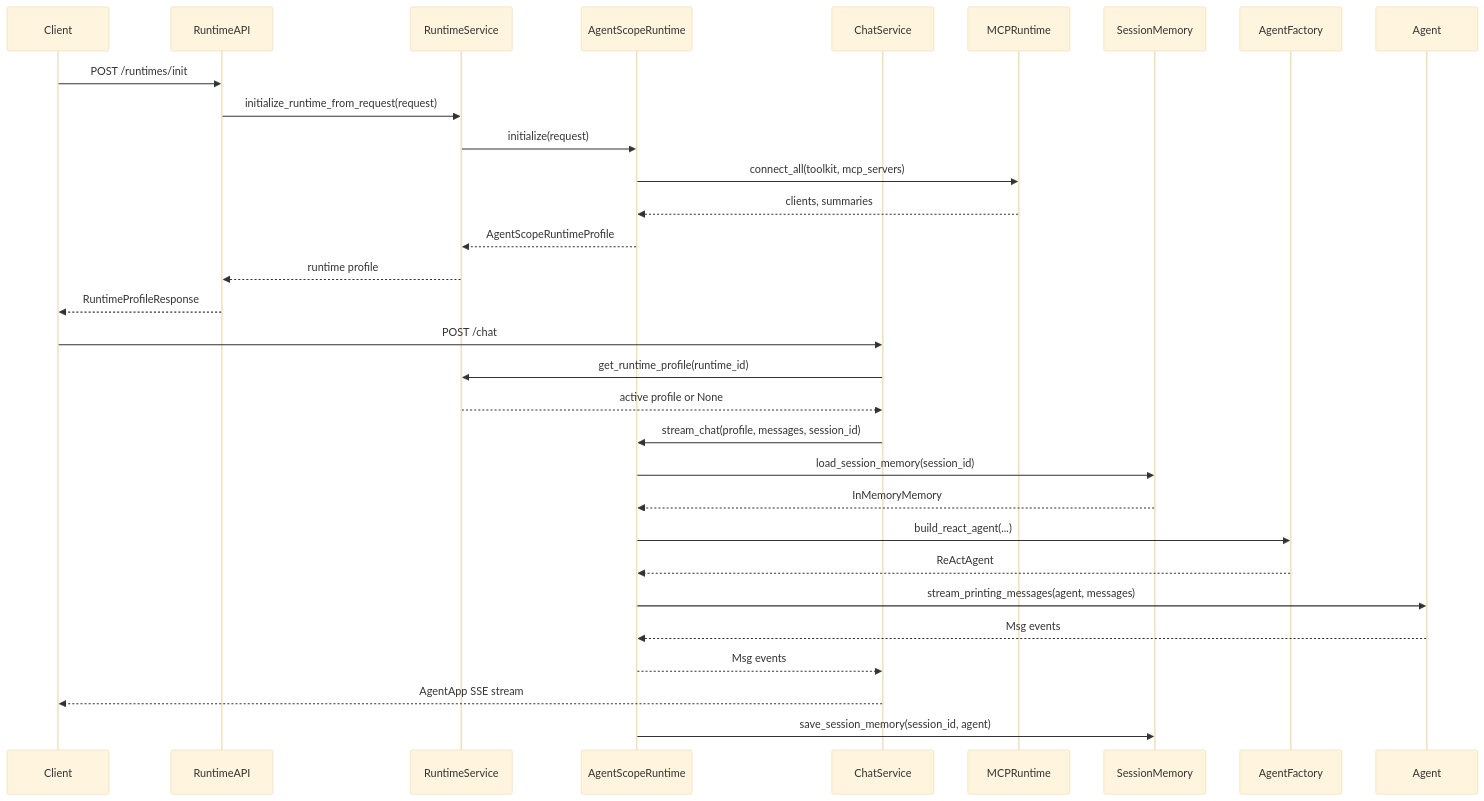
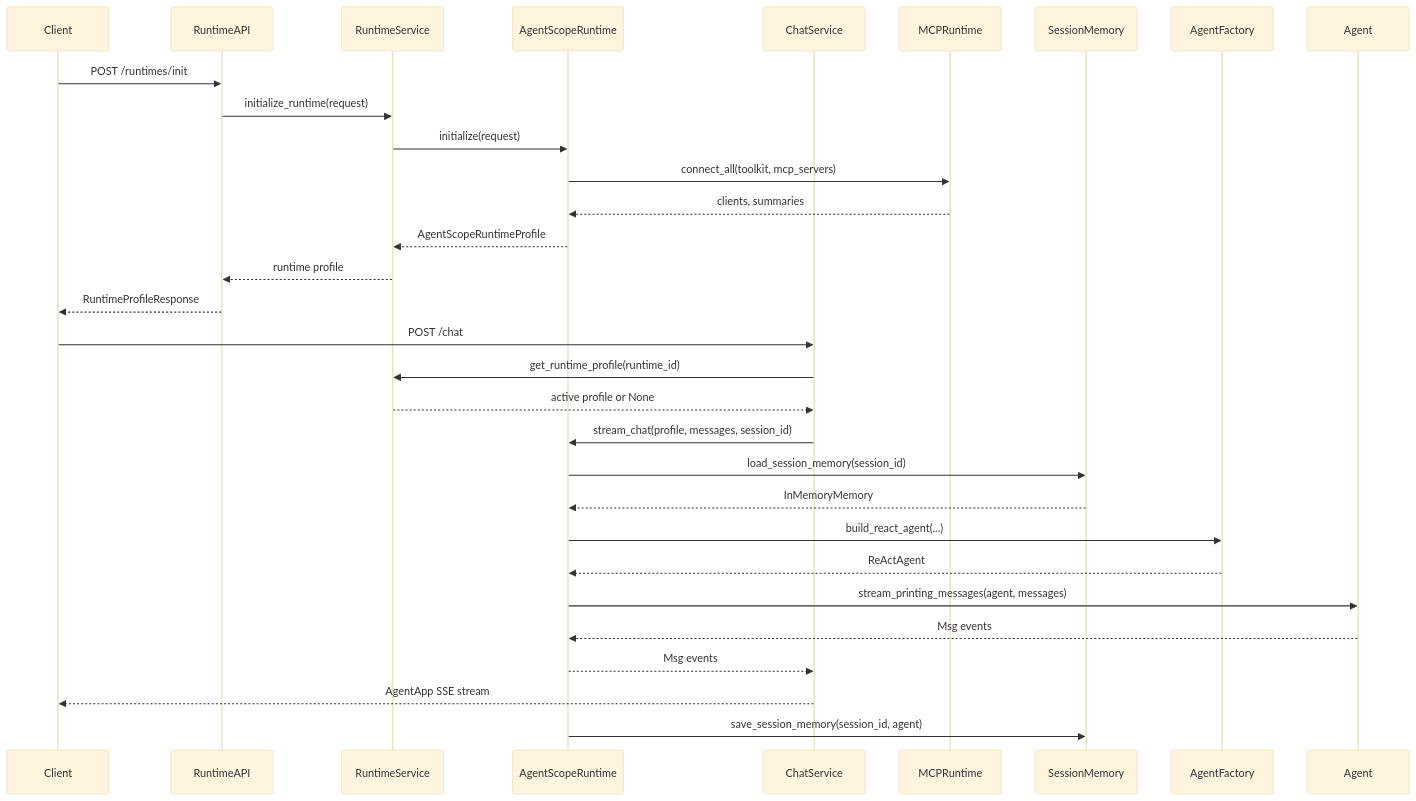
The fourth of 4 diagrams in docs/architecture.md (mooneclipsed/myagent), drawn with Mermaid (base theme) before and after one commit. The commit also changed other lines of this file and 3 other files, not shown here.

Commit message:
refractor: extract initialize_runtime_from_request -> initialize_runtime

````diff
--- a/docs/architecture.md
+++ b/docs/architecture.md
@@ -267,35 +267,35 @@
 ```mermaid
 sequenceDiagram
     participant Client
     participant RuntimeAPI
     participant RuntimeService
     participant AgentScopeRuntime
     participant ChatService
     participant MCPRuntime
     participant SessionMemory
     participant AgentFactory
     participant Agent
 
     Client->>RuntimeAPI: POST /runtimes/init
-    RuntimeAPI->>RuntimeService: initialize_runtime_from_request(request)
+    RuntimeAPI->>RuntimeService: initialize_runtime(request)
     RuntimeService->>AgentScopeRuntime: initialize(request)
     AgentScopeRuntime->>MCPRuntime: connect_all(toolkit, mcp_servers)
     MCPRuntime-->>AgentScopeRuntime: clients, summaries
     AgentScopeRuntime-->>RuntimeService: AgentScopeRuntimeProfile
     RuntimeService-->>RuntimeAPI: runtime profile
     RuntimeAPI-->>Client: RuntimeProfileResponse
 
     Client->>ChatService: POST /chat
     ChatService->>RuntimeService: get_runtime_profile(runtime_id)
     RuntimeService-->>ChatService: active profile or None
     ChatService->>AgentScopeRuntime: stream_chat(profile, messages, session_id)
     AgentScopeRuntime->>SessionMemory: load_session_memory(session_id)
     SessionMemory-->>AgentScopeRuntime: InMemoryMemory
     AgentScopeRuntime->>AgentFactory: build_react_agent(...)
     AgentFactory-->>AgentScopeRuntime: ReActAgent
     AgentScopeRuntime->>Agent: stream_printing_messages(agent, messages)
     Agent-->>AgentScopeRuntime: Msg events
     AgentScopeRuntime-->>ChatService: Msg events
     ChatService-->>Client: AgentApp SSE stream
     AgentScopeRuntime->>SessionMemory: save_session_memory(session_id, agent)
 ```
````
